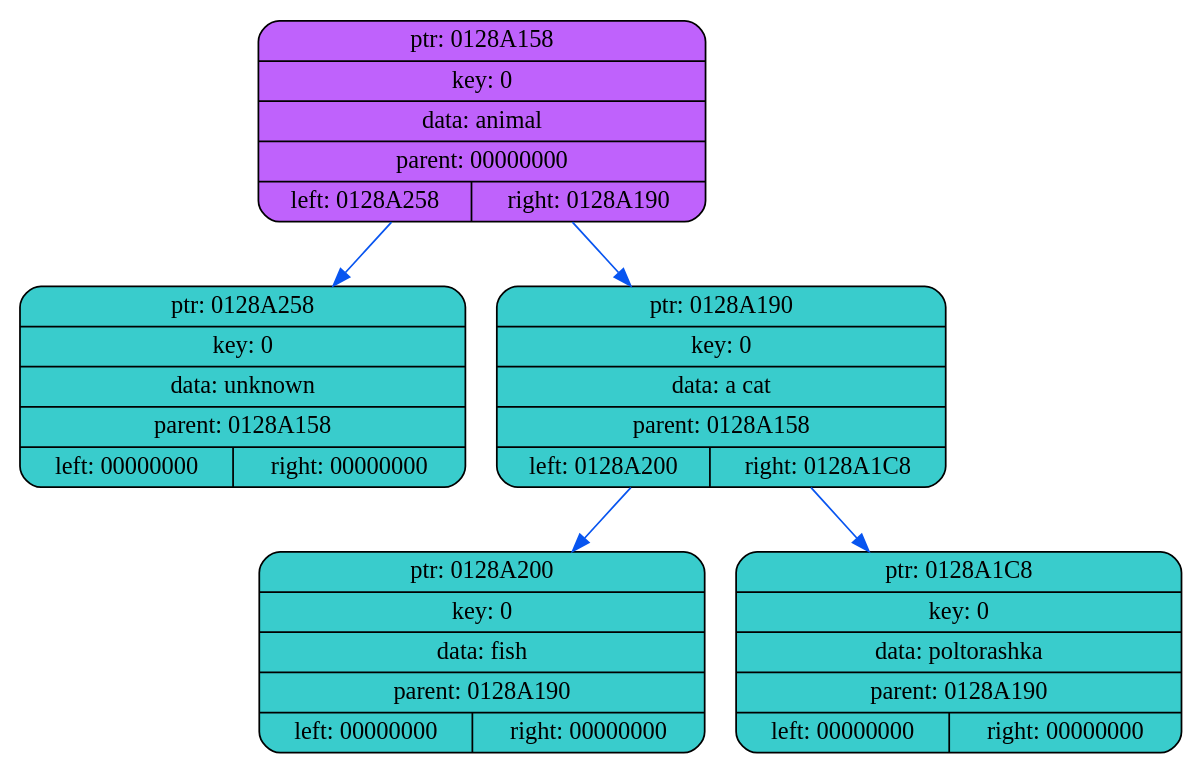
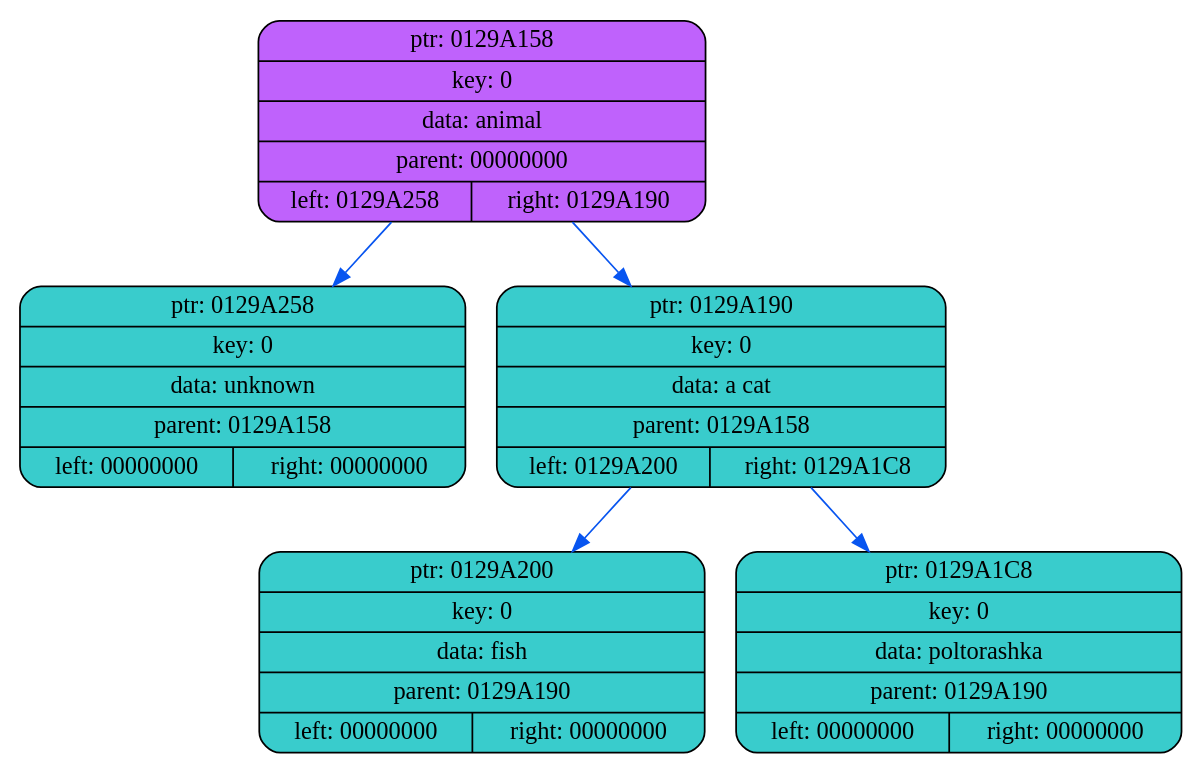
One commit to coffee8cat/akinator changed the diagram in dump/dump4.dot. Above: the diagram before and after it, drawn with Graphviz. The commit also changed 13 other files, not shown here.

```diff
--- a/dump/dump4.dot
+++ b/dump/dump4.dot
@@ -1,14 +1,14 @@
 digraph
 {
     rankdir=TP
 
-        node0128A158[shape=record,style="rounded,filled",fillcolor="#BF62FC",label="{ ptr: 0128A158 | key: 0 | data: animal| parent: 00000000| { left: 0128A258 | right: 0128A190 }}"];
-    node0128A158 -> node0128A258[color="#0855F0"]
-    node0128A258[shape=record,style="rounded,filled",fillcolor="#39CCCC",label="{ ptr: 0128A258 | key: 0 | data: unknown| parent: 0128A158 | { left: 00000000 | right: 00000000 }}"];
-    node0128A158 -> node0128A190[color="#0855F0"]
-    node0128A190[shape=record,style="rounded,filled",fillcolor="#39CCCC",label="{ ptr: 0128A190 | key: 0 | data: a cat| parent: 0128A158 | { left: 0128A200 | right: 0128A1C8 }}"];
-    node0128A190 -> node0128A200[color="#0855F0"]
-    node0128A200[shape=record,style="rounded,filled",fillcolor="#39CCCC",label="{ ptr: 0128A200 | key: 0 | data: fish| parent: 0128A190 | { left: 00000000 | right: 00000000 }}"];
-    node0128A190 -> node0128A1C8[color="#0855F0"]
-    node0128A1C8[shape=record,style="rounded,filled",fillcolor="#39CCCC",label="{ ptr: 0128A1C8 | key: 0 | data: poltorashka| parent: 0128A190 | { left: 00000000 | right: 00000000 }}"];
+        node0129A158[shape=record,style="rounded,filled",fillcolor="#BF62FC",label="{ ptr: 0129A158 | key: 0 | data: animal| parent: 00000000| { left: 0129A258 | right: 0129A190 }}"];
+    node0129A158 -> node0129A258[color="#0855F0"]
+    node0129A258[shape=record,style="rounded,filled",fillcolor="#39CCCC",label="{ ptr: 0129A258 | key: 0 | data: unknown| parent: 0129A158 | { left: 00000000 | right: 00000000 }}"];
+    node0129A158 -> node0129A190[color="#0855F0"]
+    node0129A190[shape=record,style="rounded,filled",fillcolor="#39CCCC",label="{ ptr: 0129A190 | key: 0 | data: a cat| parent: 0129A158 | { left: 0129A200 | right: 0129A1C8 }}"];
+    node0129A190 -> node0129A200[color="#0855F0"]
+    node0129A200[shape=record,style="rounded,filled",fillcolor="#39CCCC",label="{ ptr: 0129A200 | key: 0 | data: fish| parent: 0129A190 | { left: 00000000 | right: 00000000 }}"];
+    node0129A190 -> node0129A1C8[color="#0855F0"]
+    node0129A1C8[shape=record,style="rounded,filled",fillcolor="#39CCCC",label="{ ptr: 0129A1C8 | key: 0 | data: poltorashka| parent: 0129A190 | { left: 00000000 | right: 00000000 }}"];
 }
```
